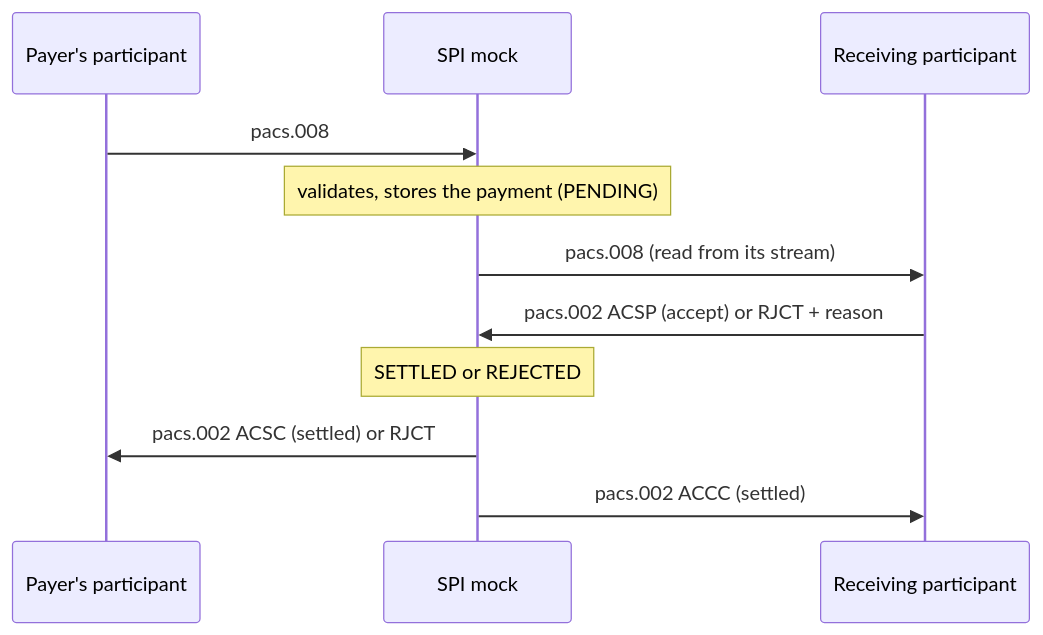
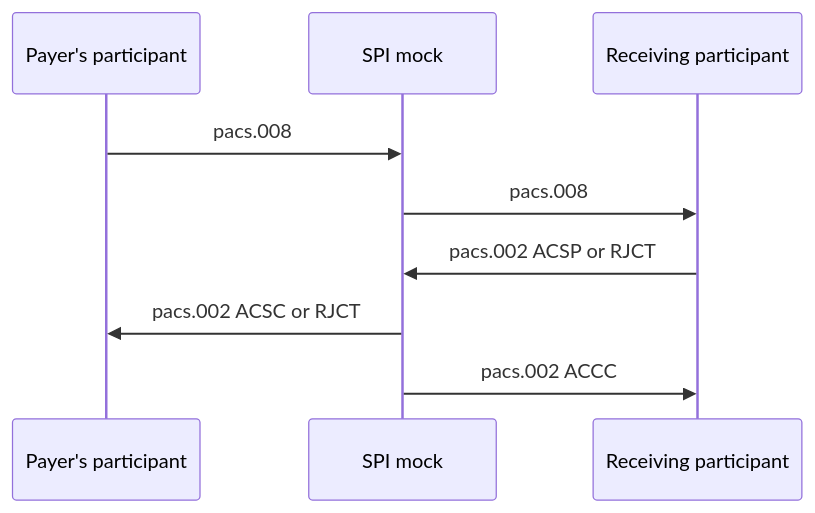
Before and after one commit to piovani/pix_fake: the diagram in mock/spi/README.md, drawn with Mermaid. The commit also changed other lines of this file and 23 other files, not shown here.

````diff
--- a/mock/spi/README.md
+++ b/mock/spi/README.md
@@ -53,13 +53,11 @@
 ```mermaid
 sequenceDiagram
     participant P as Payer's participant
     participant S as SPI mock
     participant R as Receiving participant
     P->>S: pacs.008
-    Note over S: validates, stores the payment (PENDING)
-    S->>R: pacs.008 (read from its stream)
-    R->>S: pacs.002 ACSP (accept) or RJCT + reason
-    Note over S: SETTLED or REJECTED
-    S->>P: pacs.002 ACSC (settled) or RJCT
-    S->>R: pacs.002 ACCC (settled)
+    S->>R: pacs.008
+    R->>S: pacs.002 ACSP or RJCT
+    S->>P: pacs.002 ACSC or RJCT
+    S->>R: pacs.002 ACCC
 ```
````
